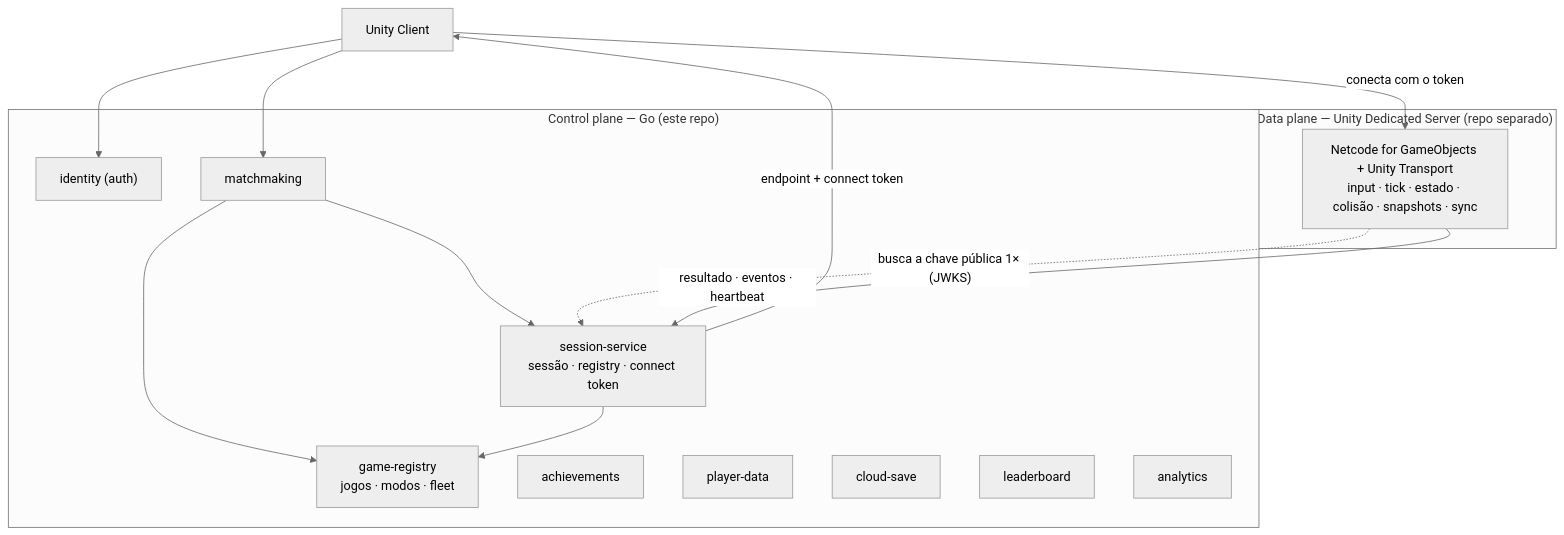
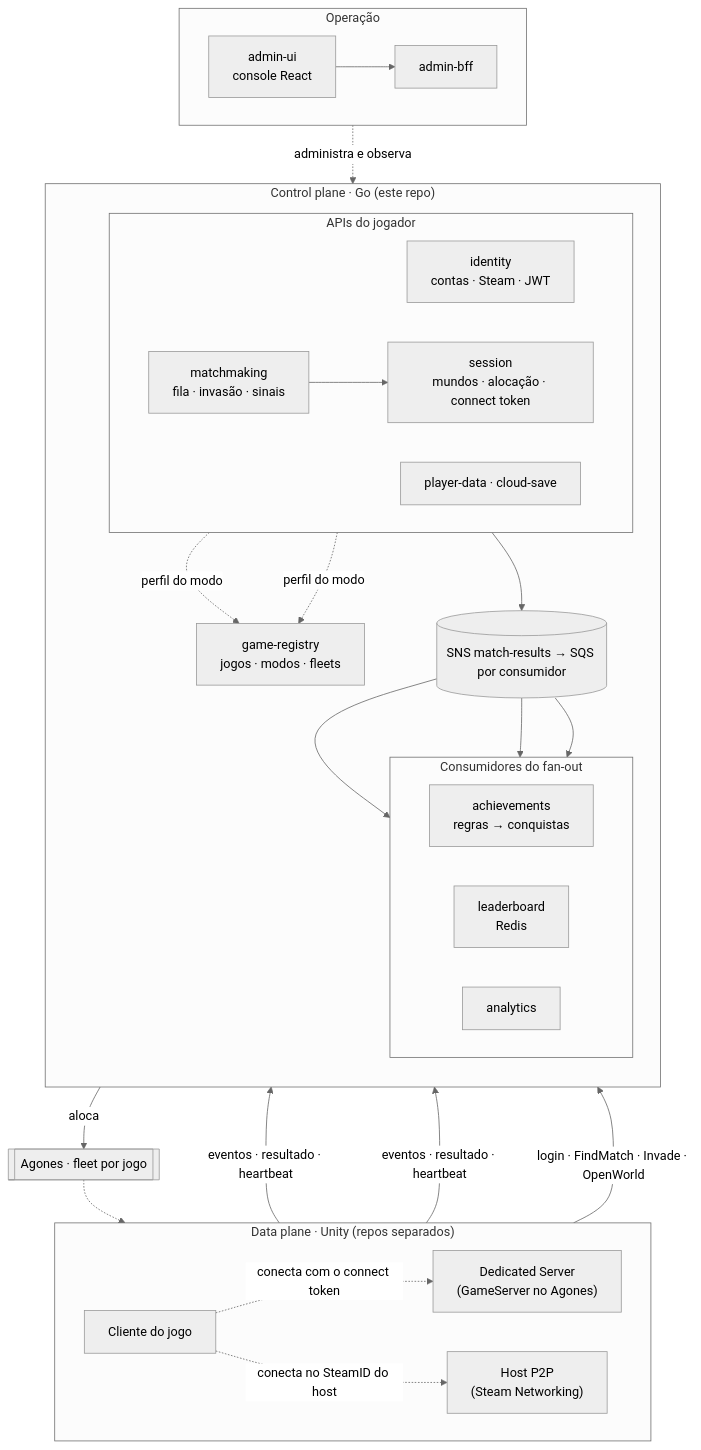
The first of 8 diagrams in docs/ARCHITECTURE.md (vitormartins1/go-multiplayer-control-plane), drawn with Mermaid (neutral theme) before and after one commit. The commit also changed other lines of this file and 7 other files, not shown here.

````diff
--- a/docs/ARCHITECTURE.md
+++ b/docs/ARCHITECTURE.md
@@ -19,30 +19,45 @@
 ```mermaid
 flowchart TB
-    Client["Unity Client"]
+  subgraph DP["Data plane · Unity (repos separados)"]
+    direction LR
+    C["Cliente do jogo"]
+    GS["Dedicated Server<br/>(GameServer no Agones)"]
+    H["Host P2P<br/>(Steam Networking)"]
+  end
 
-    subgraph CP["Control plane — Go (este repo)"]
-        ID["identity (auth)"]
-        GR["game-registry<br/>jogos · modos · fleet"]
-        ACH["achievements"]
-        PD["player-data"]
-        CS["cloud-save"]
-        LB["leaderboard"]
-        AN["analytics"]
-        MM["matchmaking"]
-        SS["session-service<br/>sessão · registry · connect token"]
-        MM --> SS
-        MM --> GR
-        SS --> GR
+  subgraph CP["Control plane · Go (este repo)"]
+    direction TB
+    subgraph EDGE["APIs do jogador"]
+      direction LR
+      ID["identity<br/>contas · Steam · JWT"]
+      MM["matchmaking<br/>fila · invasão · sinais"]
+      SE["session<br/>mundos · alocação · connect token"]
+      PD["player-data · cloud-save"]
     end
+    GR["game-registry<br/>jogos · modos · fleets"]
+    BUS[("SNS match-results → SQS por consumidor")]
+    subgraph SINKS["Consumidores do fan-out"]
+      direction LR
+      ACH["achievements<br/>regras → conquistas"]
+      LB["leaderboard<br/>Redis"]
+      AN["analytics"]
+    end
+  end
 
-    subgraph DP["Data plane — Unity Dedicated Server (repo separado)"]
-        GS["Netcode for GameObjects + Unity Transport<br/>input · tick · estado · colisão · snapshots · sync"]
-    end
+  subgraph OPS["Operação"]
+    direction LR
+    UI["admin-ui<br/>console React"] --> BFF["admin-bff"]
+  end
 
-    Client --> ID
-    Client --> MM
-    SS -->|endpoint + connect token| Client
-    Client -->|conecta com o token| GS
-    GS -.->|"busca a chave pública 1× (JWKS)"| SS
-    GS -->|resultado · eventos · heartbeat| SS
+  AG[["Agones · fleet por jogo"]]
+
+  C -->|"login · FindMatch · Invade · OpenWorld"| EDGE
+  MM --> SE
+  MM & SE -.->|perfil do modo| GR
+  SE -->|aloca| AG -.-> GS
+  C -.->|"conecta com o connect token"| GS
+  C -.->|"conecta no SteamID do host"| H
+  GS & H -->|"eventos · resultado · heartbeat"| SE
+  SE --> BUS --> ACH & LB & AN
+  BFF -.->|"administra e observa"| CP
 ```
````
